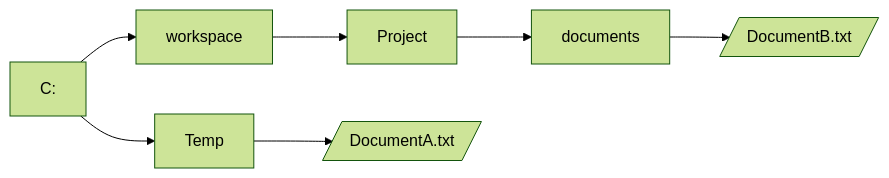
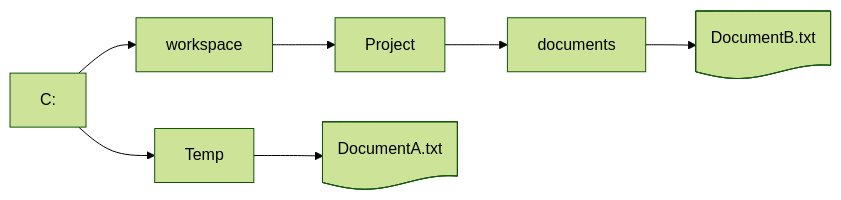
One commit to jappuccini/java-docs changed the diagram in docs/documentation/files.md. Above: the diagram before and after it, drawn with Mermaid (forest theme). The commit also changed 26 other files, not shown here.

Commit message:
Update Mermaid Format

````diff
--- a/docs/documentation/files.md
+++ b/docs/documentation/files.md
@@ -60,9 +60,9 @@
 ```mermaid
 flowchart LR
-    c[C:] --> workspace
-    c --> temp[Temp]
-    workspace[workspace] --> project
-    temp --> documentA[/DocumentA.txt/]
-    project[Project] --> documents
-    documents[documents] --> documentB[/DocumentB.txt/]
+   c[C:] --> workspace
+   c --> temp[Temp]
+   workspace[workspace] --> project
+   temp --> documentA[DocumentA.txt]@{ shape: doc}
+   project[Project] --> documents
+   documents[documents] --> documentB[DocumentB.txt]@{ shape: doc}
 ```
````
